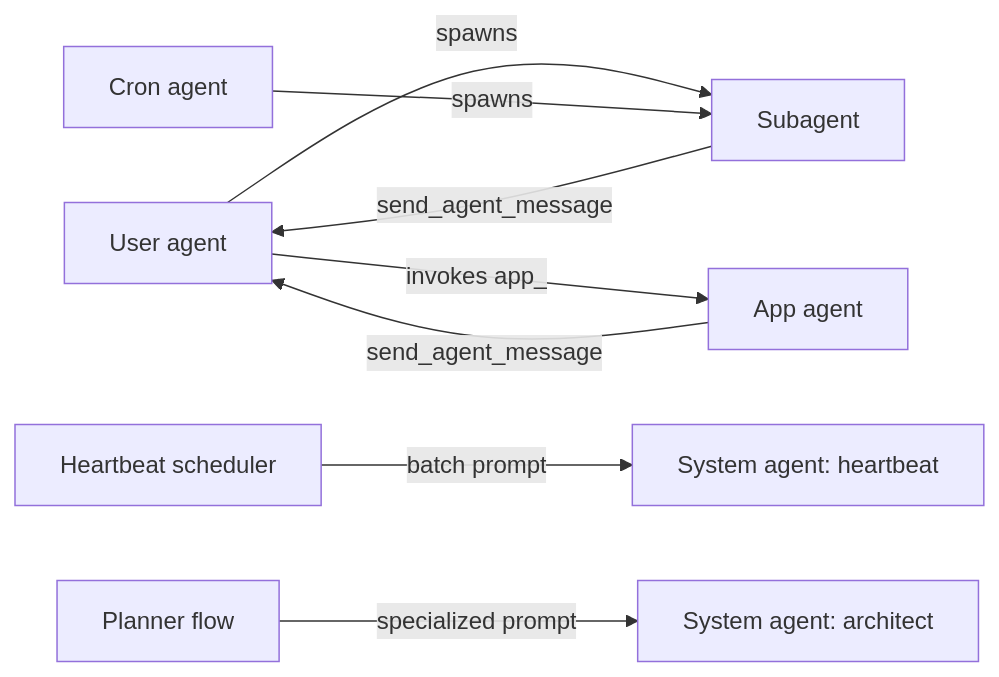
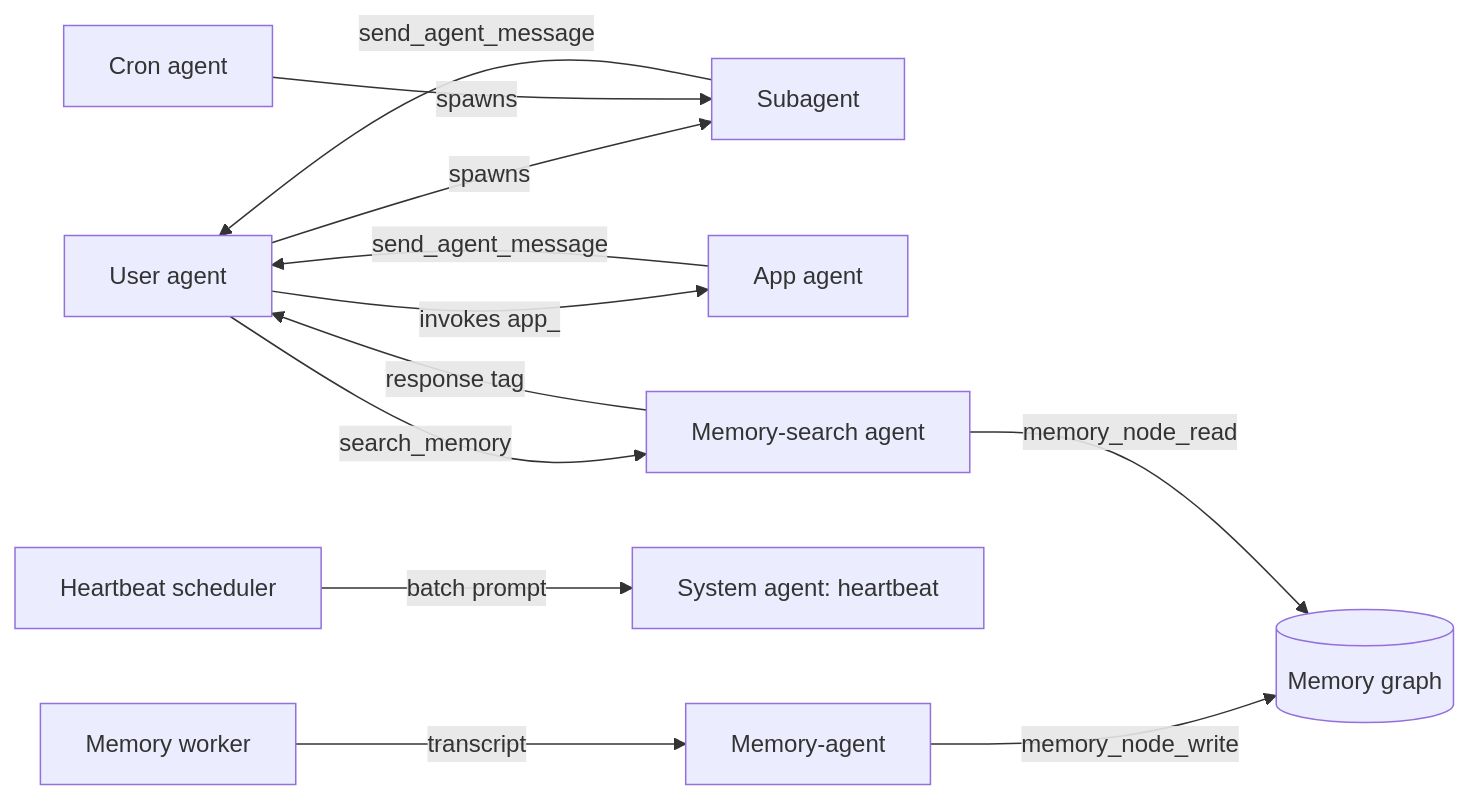
The fifth of 9 diagrams in doc/internals/agent-types.md (ex3ndr/daycare), drawn with Mermaid before and after one commit. The commit also changed other lines of this file and 23 other files, not shown here.

First line of the commit message:
feat(agents): add memory-search subagent type with search_memory tool

````diff
--- a/doc/internals/agent-types.md
+++ b/doc/internals/agent-types.md
@@ -98,10 +129,14 @@
 ```mermaid
 flowchart LR
   User[User agent] -->|spawns| Subagent[Subagent]
   User -->|invokes app_<name>| AppAgent[App agent]
+  User -->|search_memory| MemSearch[Memory-search agent]
   Cron[Cron agent] -->|spawns| Subagent
   Heartbeat[Heartbeat scheduler] -->|batch prompt| HeartbeatAgent[System agent: heartbeat]
-  Architect[Planner flow] -->|specialized prompt| ArchitectAgent[System agent: architect]
+  MemWorker[Memory worker] -->|transcript| MemAgent[Memory-agent]
   Subagent -->|send_agent_message| User
   AppAgent -->|send_agent_message| User
+  MemSearch -->|response tag| User
+  MemAgent -->|memory_node_write| Graph[(Memory graph)]
+  MemSearch -->|memory_node_read| Graph
 ```
````
